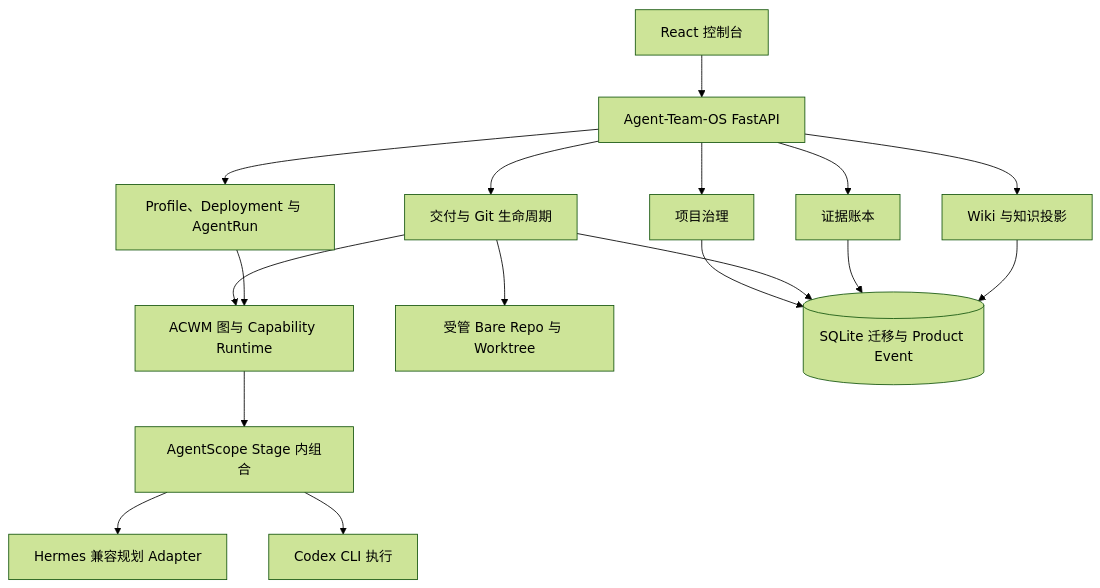
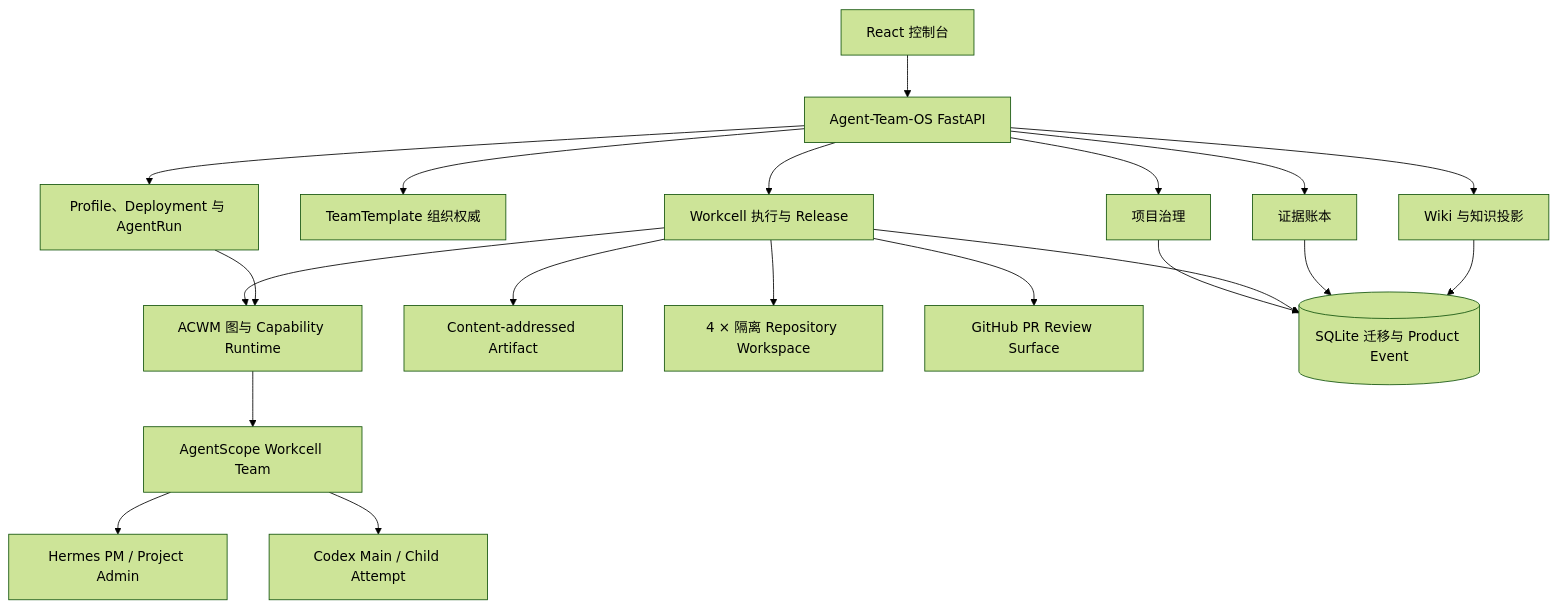
One commit to Jinchengawu/DEV-Agent-Teams-V2 changed the second of 2 diagrams in README.md. Above: the diagram before and after it, drawn with Mermaid (forest theme). The commit also changed other lines of this file and 116 other files, not shown here.

Commit message:
feat: implement v0.5 agent workcell kernel

````diff
--- a/README.md
+++ b/README.md
@@ -205,19 +224,22 @@
 ```mermaid
 flowchart TB
     UI[React 控制台] --> API[Agent-Team-OS FastAPI]
     API --> PROJECT[项目治理]
-    API --> DELIVERY[交付与 Git 生命周期]
+    API --> TEAM[TeamTemplate 组织权威]
+    API --> DELIVERY[Workcell 执行与 Release]
     API --> AGENTS[Profile、Deployment 与 AgentRun]
     API --> EVIDENCE[证据账本]
     API --> KNOWLEDGE[Wiki 与知识投影]
     DELIVERY --> ACWM[ACWM 图与 Capability Runtime]
     AGENTS --> ACWM
-    ACWM --> AS[AgentScope Stage 内组合]
-    AS --> H[Hermes 兼容规划 Adapter]
-    AS --> C[Codex CLI 执行]
-    DELIVERY --> GIT[受管 Bare Repo 与 Worktree]
+    ACWM --> AS[AgentScope Workcell Team]
+    AS --> H[Hermes PM / Project Admin]
+    AS --> C[Codex Main / Child Attempt]
+    DELIVERY --> ART[Content-addressed Artifact]
+    DELIVERY --> GIT[4 × 隔离 Repository Workspace]
+    DELIVERY --> GH[GitHub PR Review Surface]
     PROJECT --> DB[(SQLite 迁移与 Product Event)]
     DELIVERY --> DB
     EVIDENCE --> DB
     KNOWLEDGE --> DB
 ```
````
